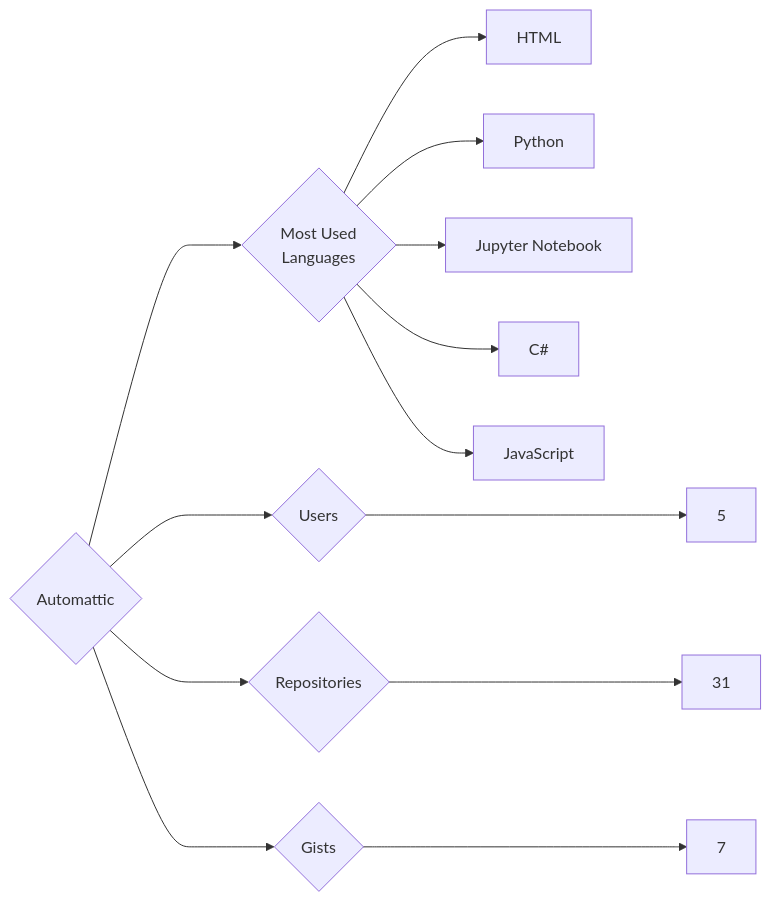
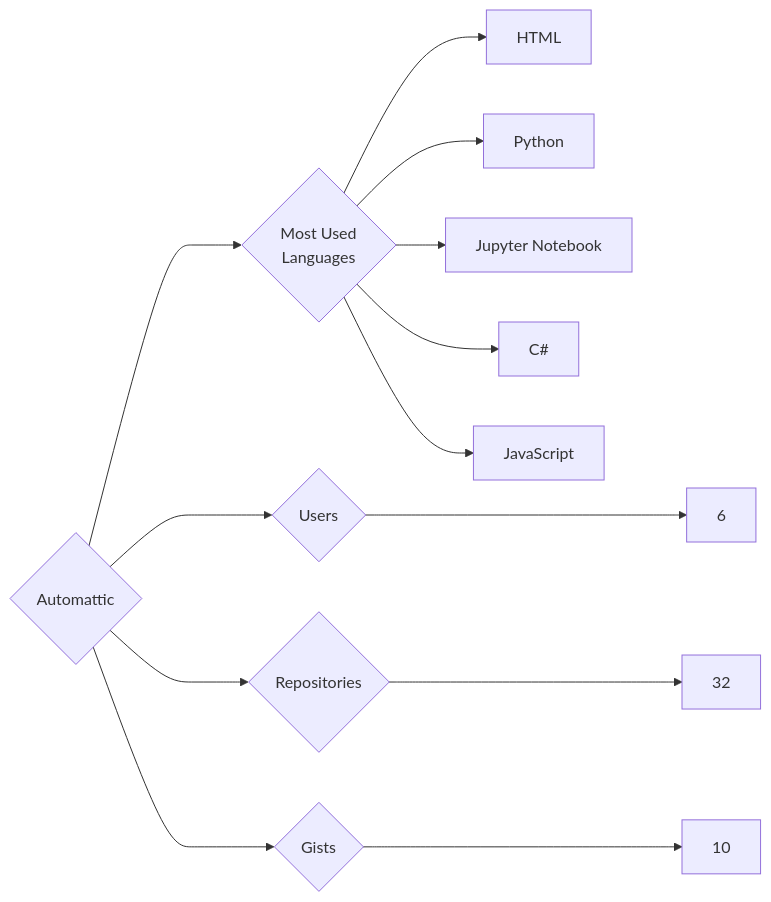
One commit to trickest/insiders changed the diagram in targets/Automattic/README.md. Above: the diagram before and after it, drawn with Mermaid. The commit also changed 1036 other files, not shown here.

````diff
--- a/targets/Automattic/README.md
+++ b/targets/Automattic/README.md
@@ -3,13 +3,13 @@
 ```mermaid
 graph LR
 COMPANY_NAME{Automattic}
-COMPANY_NAME ---> U{Users} ---> UN[5]
-COMPANY_NAME ---> R{Repositories} ---> RN[31]
-COMPANY_NAME ---> G{Gists} ---> GN[7]
+COMPANY_NAME ---> U{Users} ---> UN[6]
+COMPANY_NAME ---> R{Repositories} ---> RN[32]
+COMPANY_NAME ---> G{Gists} ---> GN[10]
 COMPANY_NAME ---> ML{Most Used<br>Languages}
 ML --> HTML[HTML]
 ML --> Python[Python]
 ML --> Jupyter_Notebook[Jupyter Notebook]
 ML --> C#[C#]
 ML --> JavaScript[JavaScript]
 ```
````
